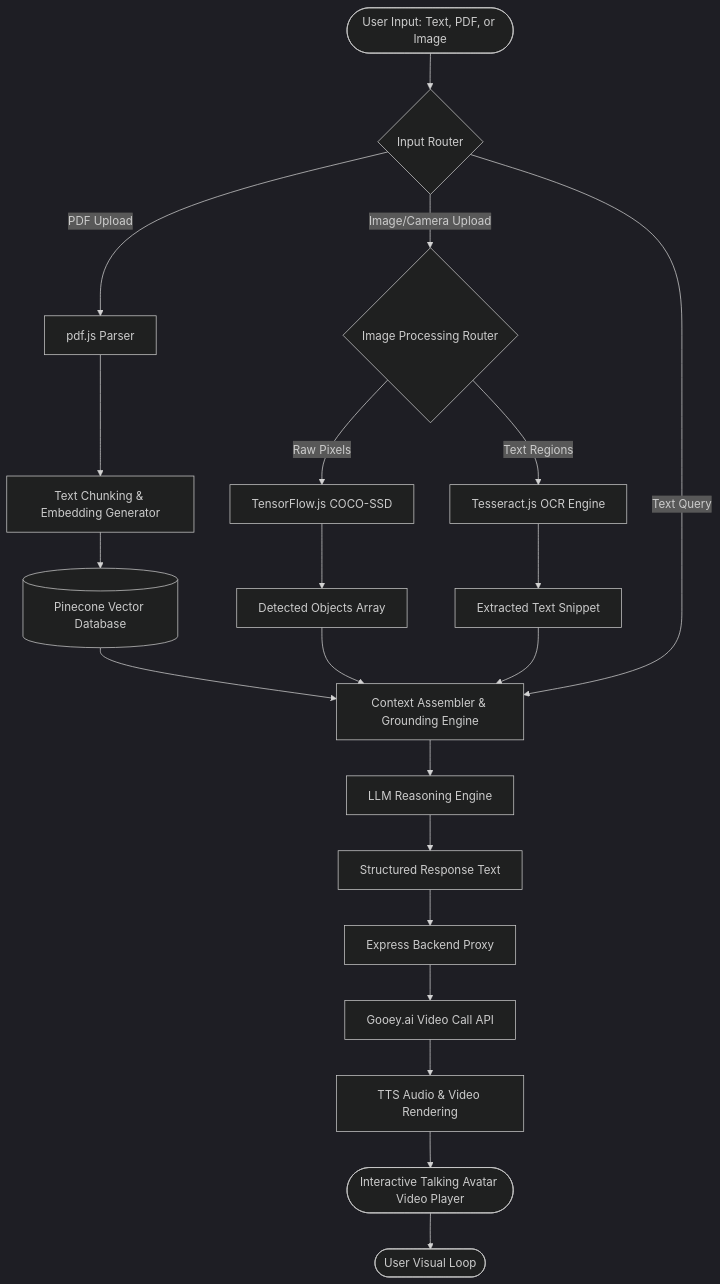
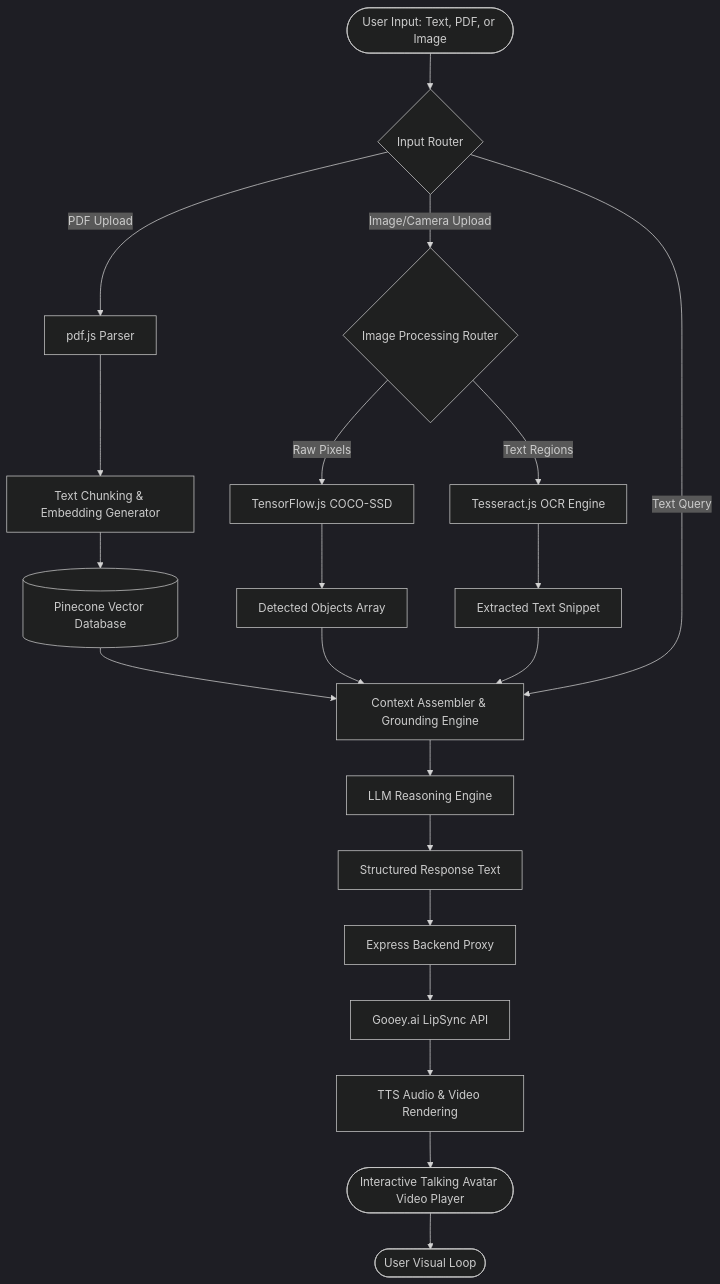
The first of 2 diagrams in README.md (viv2005ek/ThreadAi-RealTimeAiVideoCall), drawn with Mermaid (dark theme) before and after one commit. The commit also changed other lines of this file and 1 other file, not shown here.

````diff
--- a/README.md
+++ b/README.md
@@ -108,33 +108,33 @@
 ```mermaid
 graph TD
     A([User Input: Text, PDF, or Image]) --> B{Input Router}
     
     %% Document Route
     B -- PDF Upload --> C[pdf.js Parser]
     C --> D[Text Chunking & Embedding Generator]
     D --> E[(Pinecone Vector Database)]
     
     %% Image Route
     B -- Image/Camera Upload --> F{Image Processing Router}
     F -- Raw Pixels --> G[TensorFlow.js COCO-SSD]
     F -- Text Regions --> H[Tesseract.js OCR Engine]
     G --> I[Detected Objects Array]
     H --> J[Extracted Text Snippet]
     
     %% Context Assembly
     E --> K[Context Assembler & Grounding Engine]
     I --> K
     J --> K
     B -- Text Query --> K
     
     %% Generation
     K --> L[LLM Reasoning Engine]
     L --> M[Structured Response Text]
     
     %% Avatar Synthesis
     M --> N[Express Backend Proxy]
-    N --> O[Gooey.ai Video Call API]
+    N --> O[Gooey.ai LipSync API]
     O --> P[TTS Audio & Video Rendering]
     P --> Q([Interactive Talking Avatar Video Player])
     Q --> User([User Visual Loop])
 ```
````
